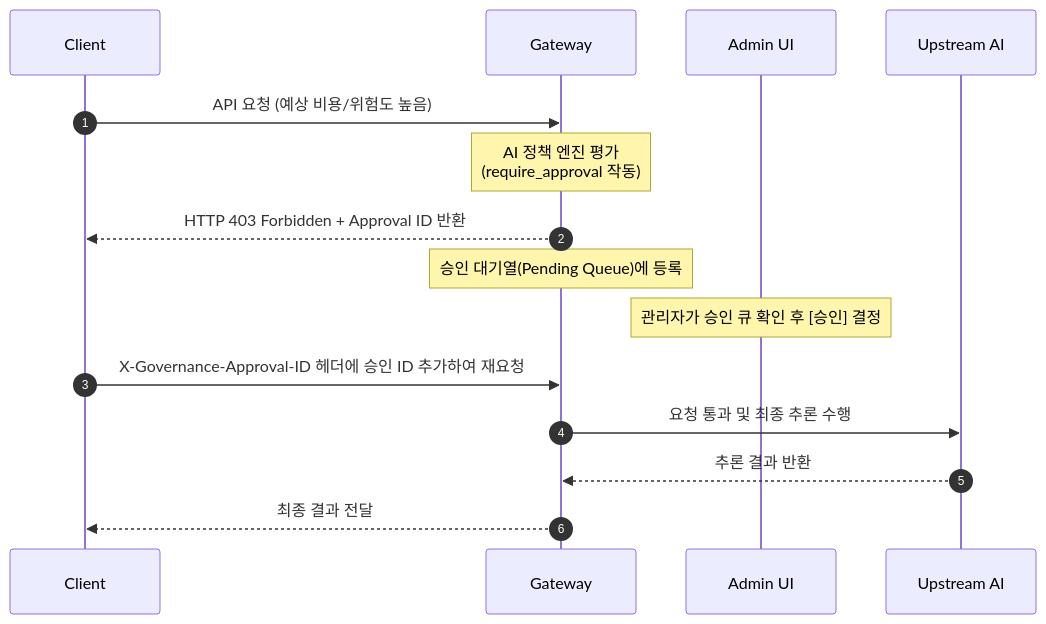
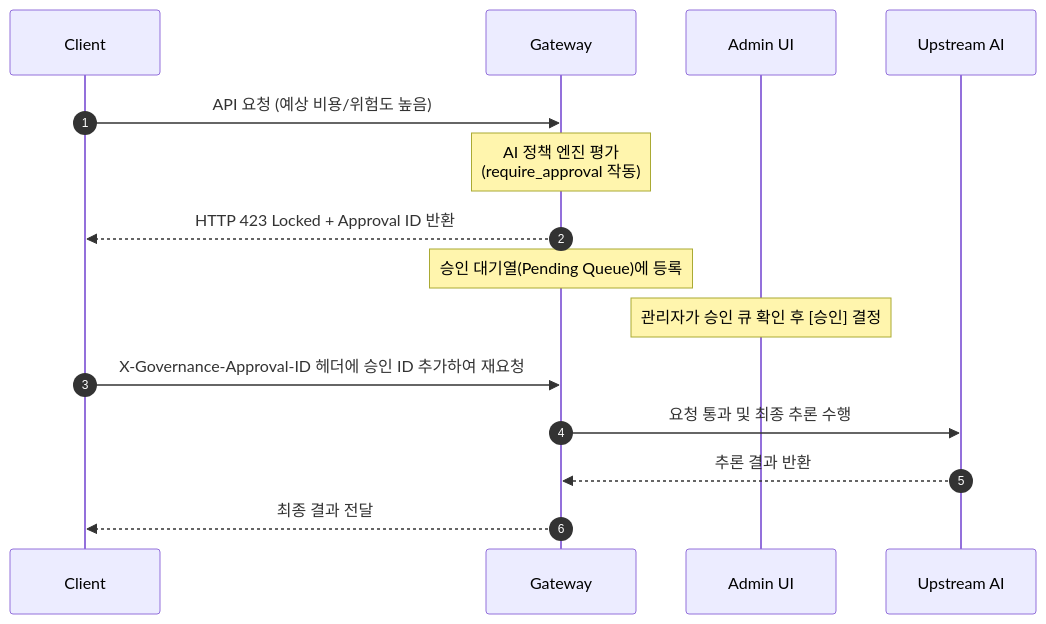
One commit to hkjang/vibe-coders changed the diagram in docs/SAFETY_GUIDE.md. Above: the diagram before and after it, drawn with Mermaid. The commit also changed other lines of this file and 28 other files, not shown here.

````diff
--- a/docs/SAFETY_GUIDE.md
+++ b/docs/SAFETY_GUIDE.md
@@ -123,13 +146,13 @@
 ```mermaid
 sequenceDiagram
     autonumber
     Client->>Gateway: API 요청 (예상 비용/위험도 높음)
     Note over Gateway: AI 정책 엔진 평가<br/>(require_approval 작동)
-    Gateway-->>Client: HTTP 403 Forbidden + Approval ID 반환
+    Gateway-->>Client: HTTP 423 Locked + Approval ID 반환
     Note over Gateway: 승인 대기열(Pending Queue)에 등록
     Note over Admin UI: 관리자가 승인 큐 확인 후 [승인] 결정
     Client->>Gateway: X-Governance-Approval-ID 헤더에 승인 ID 추가하여 재요청
     Gateway->>Upstream AI: 요청 통과 및 최종 추론 수행
     Upstream AI-->>Gateway: 추론 결과 반환
     Gateway-->>Client: 최종 결과 전달
 ```
````
